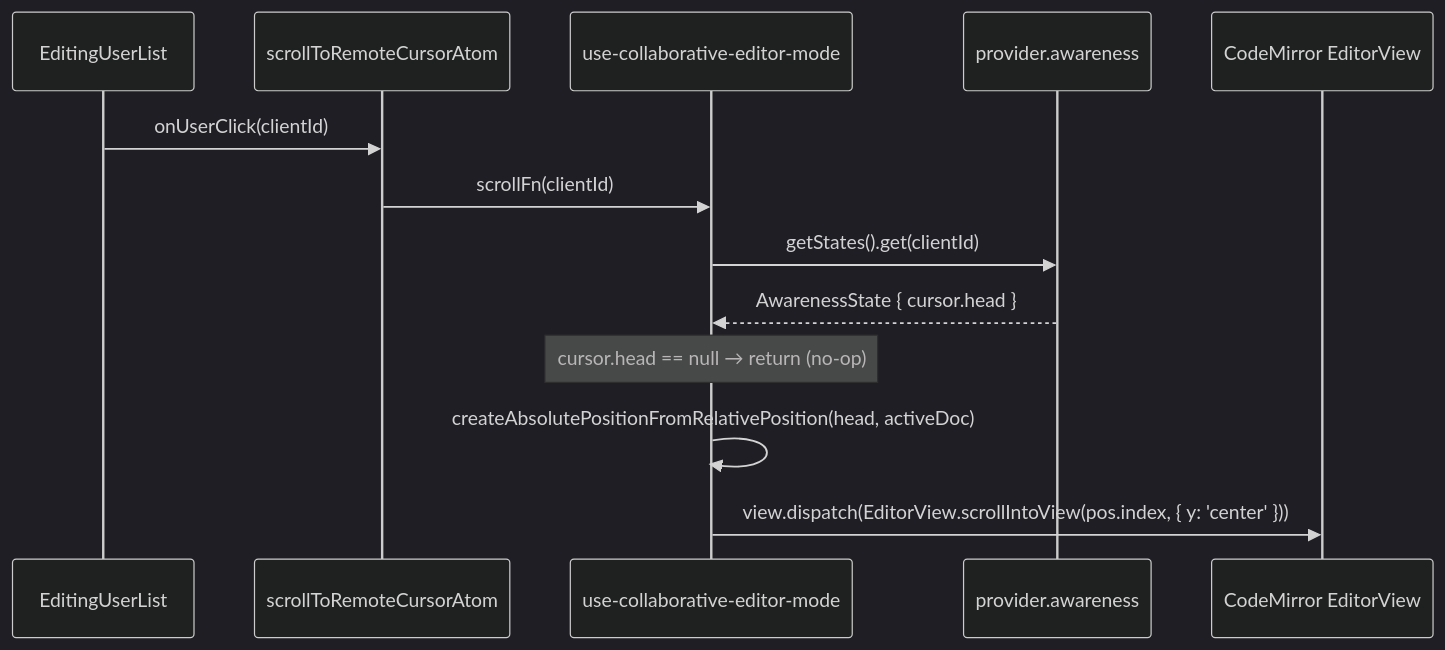
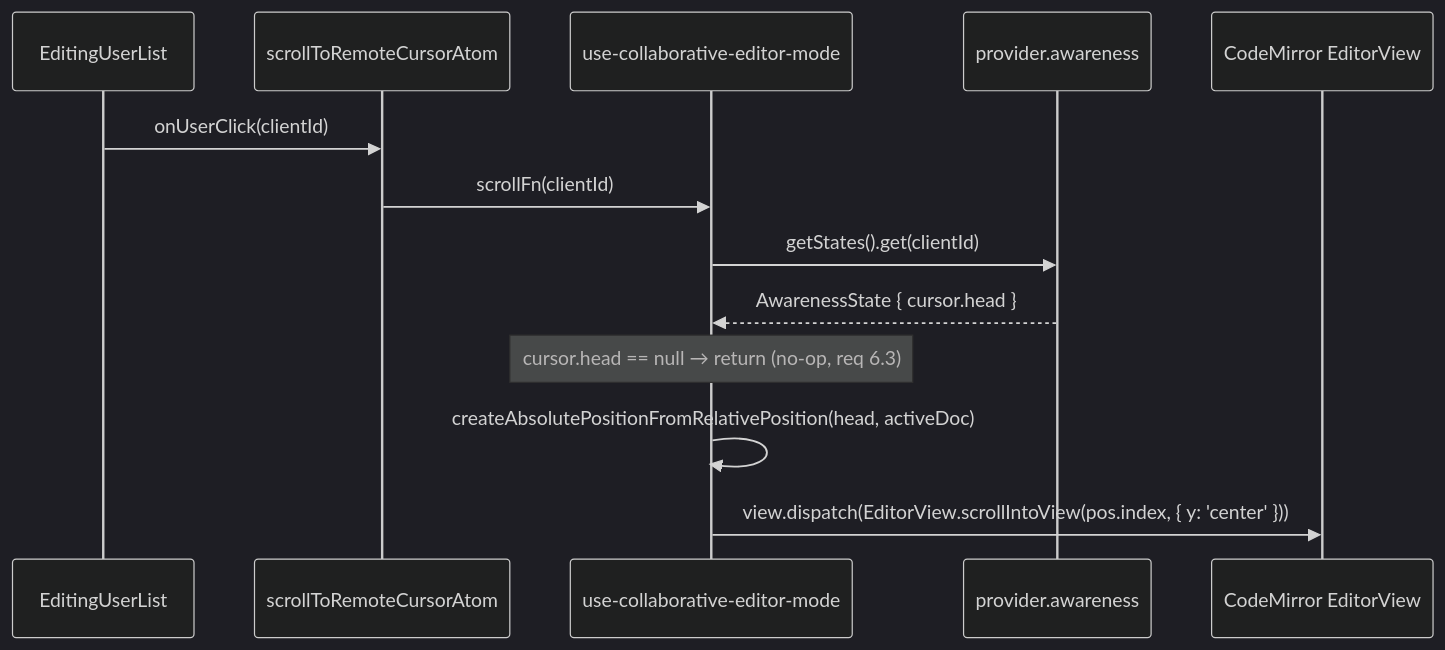
Before and after one commit to growilabs/growi: the second of 5 diagrams in .kiro/specs/collaborative-editor-awareness/design.md, drawn with Mermaid (dark theme). The commit also changed other lines of this file and 4 other files, not shown here.

````diff
--- a/.kiro/specs/collaborative-editor-awareness/design.md
+++ b/.kiro/specs/collaborative-editor-awareness/design.md
@@ -94,16 +99,16 @@
 ```mermaid
 sequenceDiagram
     participant EUL as EditingUserList
     participant ATOM2 as scrollToRemoteCursorAtom
     participant HOOK as use-collaborative-editor-mode
     participant AW as provider.awareness
     participant CM as CodeMirror EditorView
 
     EUL->>ATOM2: onUserClick(clientId)
     ATOM2->>HOOK: scrollFn(clientId)
     HOOK->>AW: getStates().get(clientId)
     AW-->>HOOK: AwarenessState { cursor.head }
-    Note over HOOK: cursor.head == null → return (no-op)
+    Note over HOOK: cursor.head == null → return (no-op, req 6.3)
     HOOK->>HOOK: createAbsolutePositionFromRelativePosition(head, activeDoc)
     HOOK->>CM: view.dispatch(EditorView.scrollIntoView(pos.index, { y: 'center' }))
 ```
````
